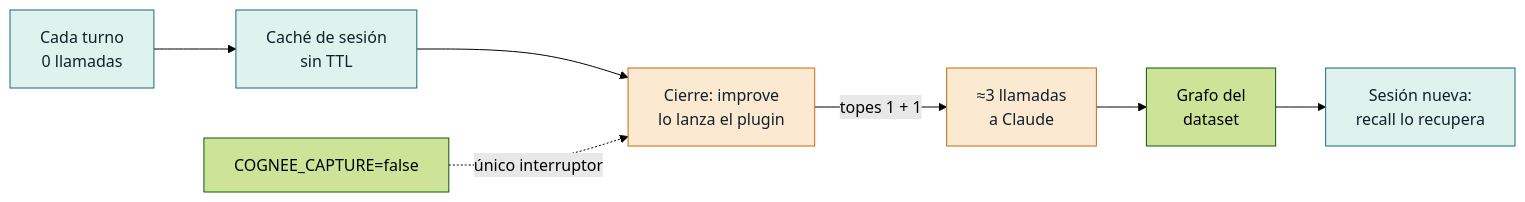
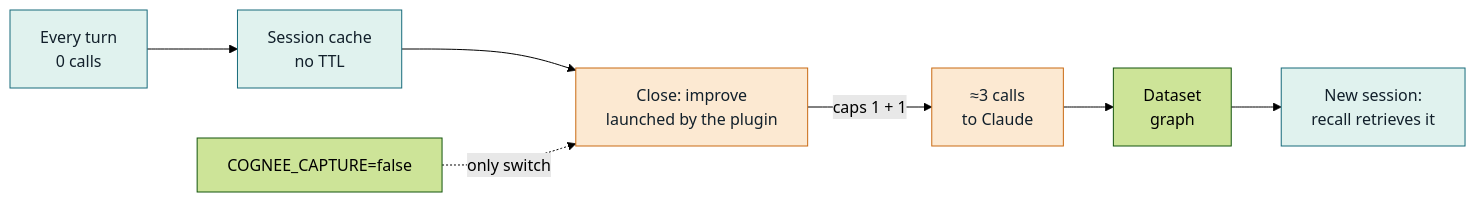
The diagram in docs/diagrams/05-historia.mmd (WRopero/Timewarden), drawn with Mermaid (forest theme) before and after one commit. The commit also changed 97 other files, not shown here.

```diff
--- a/docs/diagrams/05-historia.mmd
+++ b/docs/diagrams/05-historia.mmd
@@ -1,11 +1,11 @@
 flowchart LR
-  T["Cada turno<br/>0 llamadas"] --> CA["Caché de sesión<br/>sin TTL"]
-  CA --> IMP["Cierre: improve<br/>lo lanza el plugin"]
-  IMP -->|"topes 1 + 1"| LLM["≈3 llamadas<br/>a Claude"]
-  LLM --> GR["Grafo del<br/>dataset"]
-  GR --> REC["Sesión nueva:<br/>recall lo recupera"]
-  CAP["COGNEE_CAPTURE=false"] -.->|"único interruptor"| IMP
+  T["Every turn<br/>0 calls"] --> CA["Session cache<br/>no TTL"]
+  CA --> IMP["Close: improve<br/>launched by the plugin"]
+  IMP -->|"caps 1 + 1"| LLM["≈3 calls<br/>to Claude"]
+  LLM --> GR["Dataset<br/>graph"]
+  GR --> REC["New session:<br/>recall retrieves it"]
+  CAP["COGNEE_CAPTURE=false"] -.->|"only switch"| IMP
   classDef free fill:#E0F2EE,stroke:#176B7B,color:#12202B
   classDef cost fill:#FCE9D2,stroke:#C96A12,color:#12202B
   class T,CA,REC free
   class IMP,LLM cost
```
